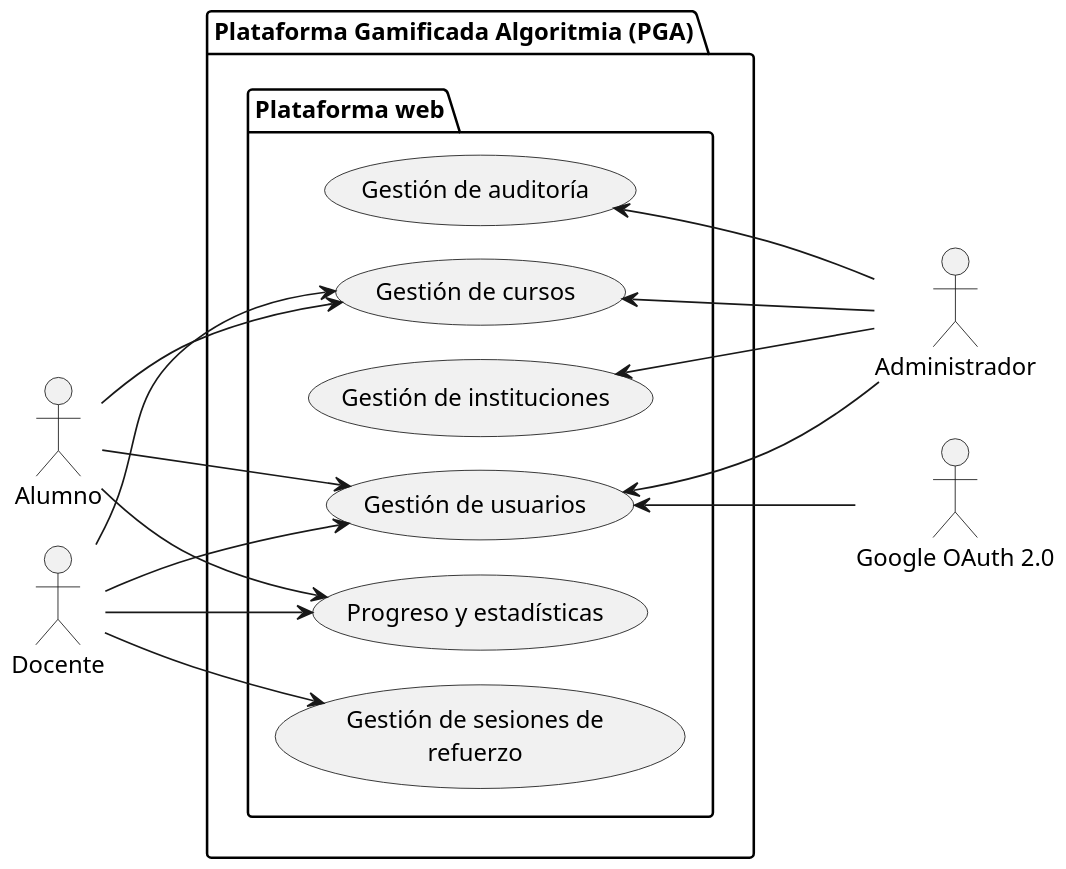
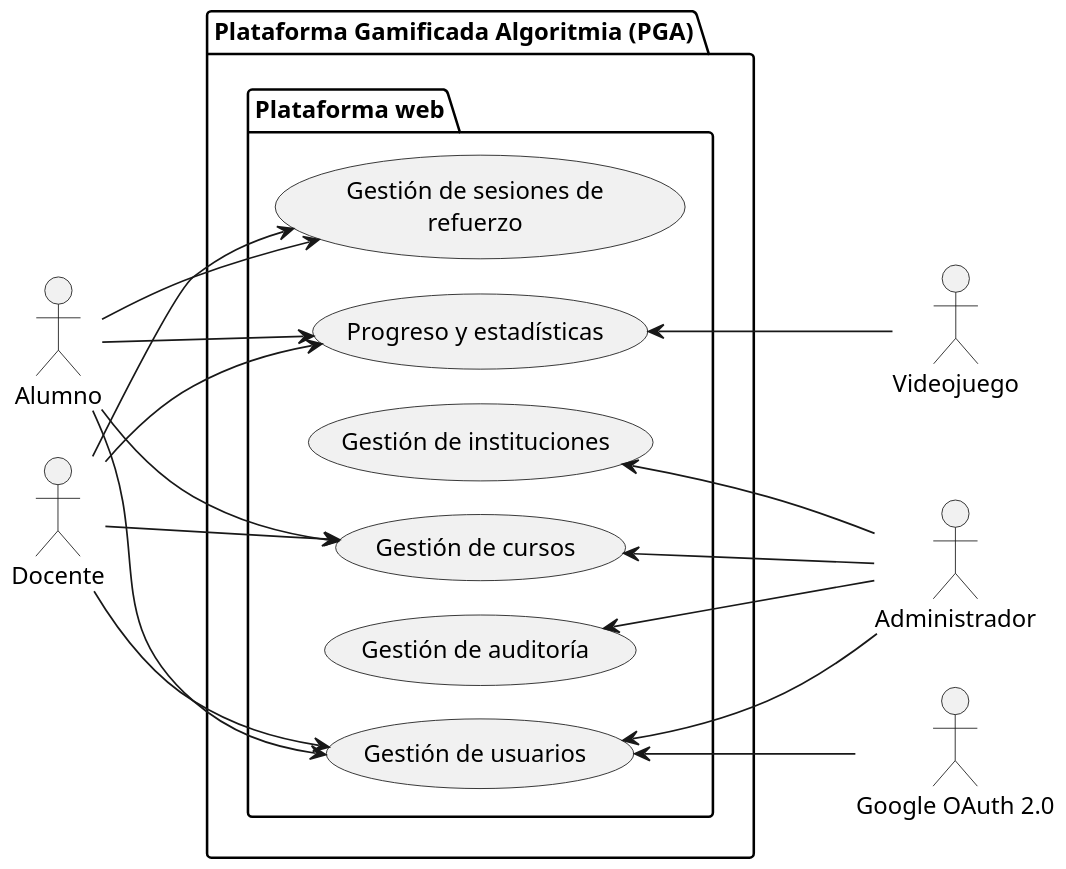
Before and after one commit to francoalbornoz2002/ASC-ProyectoAlgoritmia-TrabajoFinal: the diagram in docs/requisitos/casos-de-uso/diagrama-casos-de-uso/dcu-alto-nivel.puml, drawn with PlantUML. The commit also changed 8 other files, not shown here.

Commit message:
Rediseñando diagrama de casos de uso y sus respectivos subsistemas.

```diff
--- a/docs/requisitos/casos-de-uso/diagrama-casos-de-uso/dcu-alto-nivel.puml
+++ b/docs/requisitos/casos-de-uso/diagrama-casos-de-uso/dcu-alto-nivel.puml
@@ -1,45 +1,48 @@
 @startuml DCU_PlataformaWebAltoNivel
 left to right direction
 
 skinparam dpi 150
 skinparam usecasePadding 25
 skinparam actorPadding 80
 skinparam packagePadding 50
 skinparam wrapWidth 200
 
 skinparam nodesep 20
 skinparam ranksep 100
 
 actor Alumno
 actor Docente
 actor Administrador
 actor "Google OAuth 2.0" as GoogleOAuth2
+actor Videojuego
 
 package "Plataforma Gamificada Algoritmia (PGA)"{
     package "Plataforma web"{
         usecase "Gestión de usuarios" as GestionUsuarios
         usecase "Gestión de instituciones" as GestionInstituciones
         usecase "Gestión de cursos" as GestionCursos
         usecase "Gestión de sesiones de refuerzo" as GestionSesionesRefuerzo
         usecase "Progreso y estadísticas" as ProgresoEstadisticas
         usecase "Gestión de auditoría" as GestionAuditoria
     }
 
     Alumno --> GestionUsuarios
     Alumno --> GestionCursos
     Alumno --> ProgresoEstadisticas
+    Alumno --> GestionSesionesRefuerzo
     
     Administrador -up-> GestionUsuarios
     Administrador -up-> GestionInstituciones
     Administrador -up-> GestionCursos
     Administrador -up-> GestionAuditoria
 
     Docente --> GestionUsuarios
     Docente --> GestionCursos
     Docente --> GestionSesionesRefuerzo
     Docente --> ProgresoEstadisticas
 
     GoogleOAuth2 -up-> GestionUsuarios
+    Videojuego -up-> ProgresoEstadisticas
 }
 
 @enduml
```
